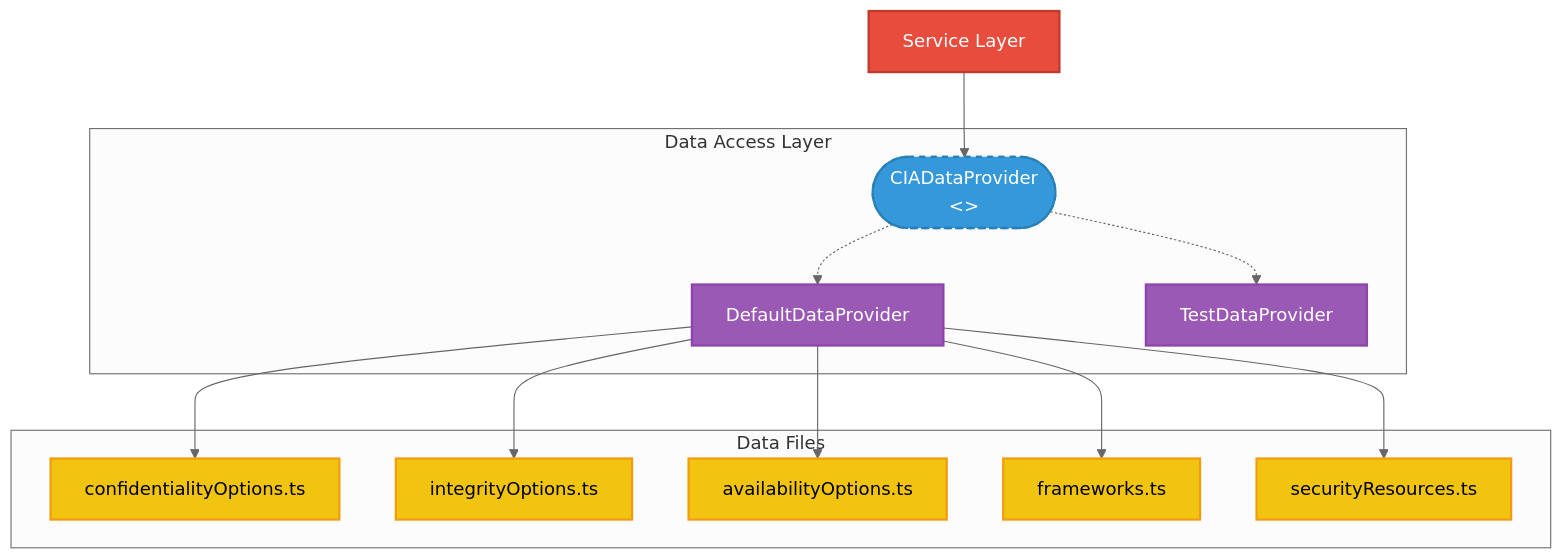
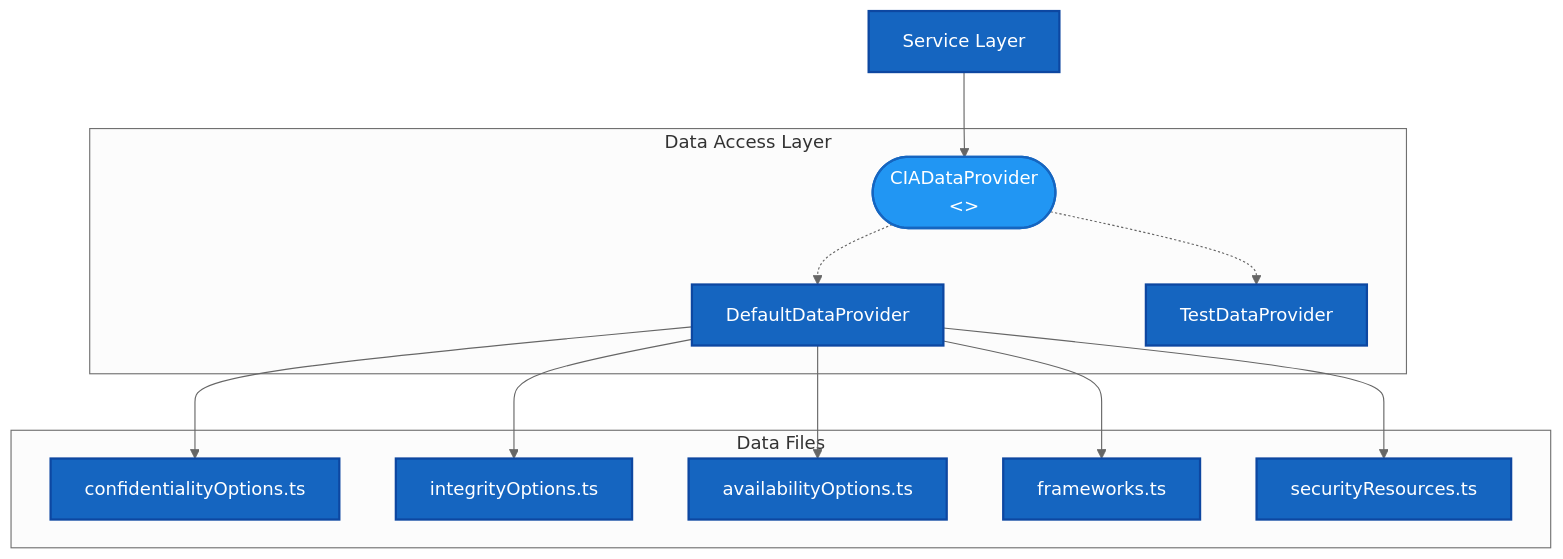
One commit to Hack23/cia-compliance-manager changed the fourth of 8 diagrams in docs/architecture/SYSTEM_ARCHITECTURE.md. Above: the diagram before and after it, drawn with Mermaid (neutral theme). The commit also changed other lines of this file and 18 other files, not shown here.

First line of the commit message:
style: update all classDef colors to ISMS style guide palette and fix quadrant charts

````diff
--- a/docs/architecture/SYSTEM_ARCHITECTURE.md
+++ b/docs/architecture/SYSTEM_ARCHITECTURE.md
@@ -204,39 +204,39 @@
 ```mermaid
 flowchart TD
     subgraph "Data Access Layer"
         CIADataProvider(["CIADataProvider\n<<interface>>"])
         DefaultDP[DefaultDataProvider]
         TestDP[TestDataProvider]
     end
     
     subgraph "Data Files"
         confidentialityOpts["confidentialityOptions.ts"]
         integrityOpts["integrityOptions.ts"]
         availabilityOpts["availabilityOptions.ts"]
         frameworkData["frameworks.ts"]
         resourcesData["securityResources.ts"]
     end
     
     CIADataProvider -.-> DefaultDP
     CIADataProvider -.-> TestDP
     
     DefaultDP --> confidentialityOpts
     DefaultDP --> integrityOpts
     DefaultDP --> availabilityOpts
     DefaultDP --> frameworkData
     DefaultDP --> resourcesData
     
     Services[Service Layer] --> CIADataProvider
     
     %% Style definitions
-    classDef interface fill:#3498db,stroke:#2980b9,stroke-width:2px,color:white,stroke-dasharray:5 5
-    classDef provider fill:#9b59b6,stroke:#8e44ad,stroke-width:2px,color:white
-    classDef data fill:#f1c40f,stroke:#f39c12,stroke-width:2px,color:black
-    classDef service fill:#e74c3c,stroke:#c0392b,stroke-width:2px,color:white
+    classDef interface fill:#2196F3,stroke:#1565C0,stroke-width:2px,color:#ffffff
+    classDef provider fill:#1565C0,stroke:#0D47A1,stroke-width:2px,color:#ffffff
+    classDef data fill:#1565C0,stroke:#0D47A1,stroke-width:2px,color:#ffffff
+    classDef service fill:#1565C0,stroke:#0D47A1,stroke-width:2px,color:#ffffff
     
     %% Apply styles
     class CIADataProvider interface
     class DefaultDP,TestDP provider
     class confidentialityOpts,integrityOpts,availabilityOpts,frameworkData,resourcesData data
     class Services service
 ```
````
